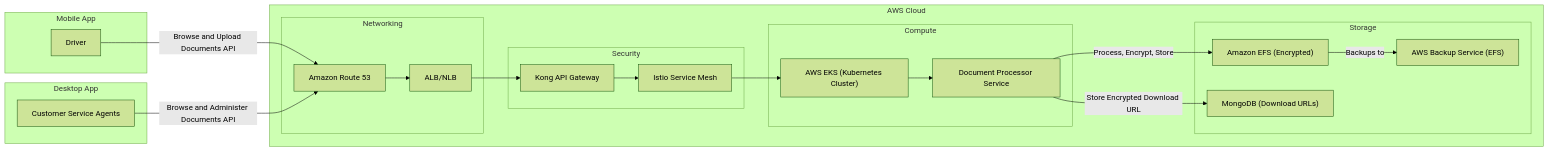
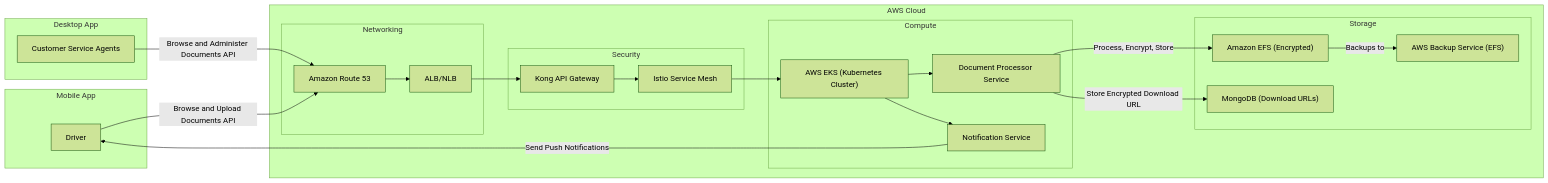
The first of 2 diagrams in NewArchitecture.md (FedericoDelSaz/sre-test), drawn with Mermaid (forest theme) before and after one commit. The commit also changed other lines of this file and 2 other files, not shown here.

Commit message:
fix diagrams

````diff
--- a/NewArchitecture.md
+++ b/NewArchitecture.md
@@ -20,40 +21,42 @@
 ```mermaid
 graph LR
   subgraph "Mobile App"
   Drivers["Driver"]
   end
   subgraph "Desktop App"
   Agents["Customer Service Agents"]
   end
   subgraph "AWS Cloud"
     subgraph "Networking"
       Route53["Amazon Route 53"]
       ALB["ALB/NLB"]
     end
     subgraph "Security"
       Kong["Kong API Gateway"]
       Istio["Istio Service Mesh"]
     end
     subgraph "Compute"
       EKS["AWS EKS (Kubernetes Cluster)"]
       DocService["Document Processor Service"]
+      NotificationService["Notification Service"]
     end
     subgraph "Storage"
       EFS["Amazon EFS (Encrypted)"]
       MongoDB["MongoDB (Download URLs)"]
       AWSBackup["AWS Backup Service (EFS)"]
     end
   end
 
   Drivers-- "Browse and Upload Documents API" -->Route53
   Agents-- "Browse and Administer Documents API" -->Route53
   Route53 --> ALB
   ALB --> Kong
   Kong --> Istio
   Istio --> EKS
   EKS --> DocService
   DocService-- "Process, Encrypt, Store" --> EFS
   DocService-- "Store Encrypted Download URL" --> MongoDB
   EFS-- "Backups to" --> AWSBackup
-
+  EKS --> NotificationService
+  NotificationService-- "Send Push Notifications" --> Drivers
 ```
````
